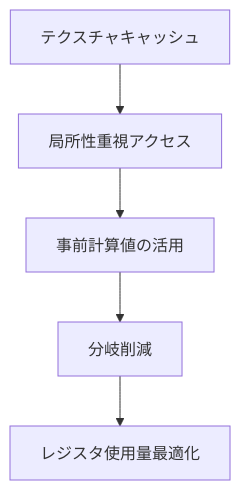
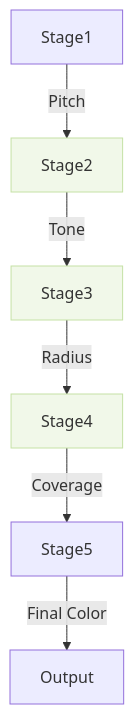
One commit to mug-lab-3/DaVinciResolveEffects changed the eighth of 8 diagrams in fuses/MugSimpleHalftone.md. Above: the diagram before and after it, drawn with Mermaid. The commit also changed other lines of this file, not shown here.

````diff
--- a/fuses/MugSimpleHalftone.md
+++ b/fuses/MugSimpleHalftone.md
@@ -379,7 +260,10 @@
 ```mermaid
 graph TD
-    A[テクスチャキャッシュ] --> B[局所性重視アクセス]
-    B --> C[事前計算値の活用]
-    C --> D[分岐削減]
-    D --> E[レジスタ使用量最適化]
+    A[Stage1] -->|Pitch| B[Stage2]
+    B -->|Tone| C[Stage3]
+    C -->|Radius| D[Stage4]
+    D -->|Coverage| E[Stage5]
+    E -->|Final Color| F[Output]
+    classDef focus fill:#f1f8e9,stroke:#c5e1a5;
+    class B,C,D focus;
 ```
````
